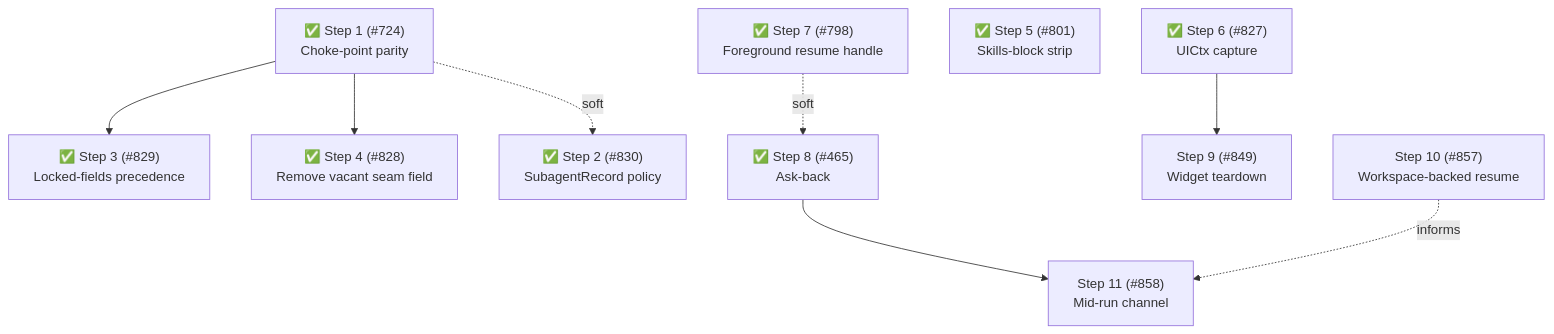
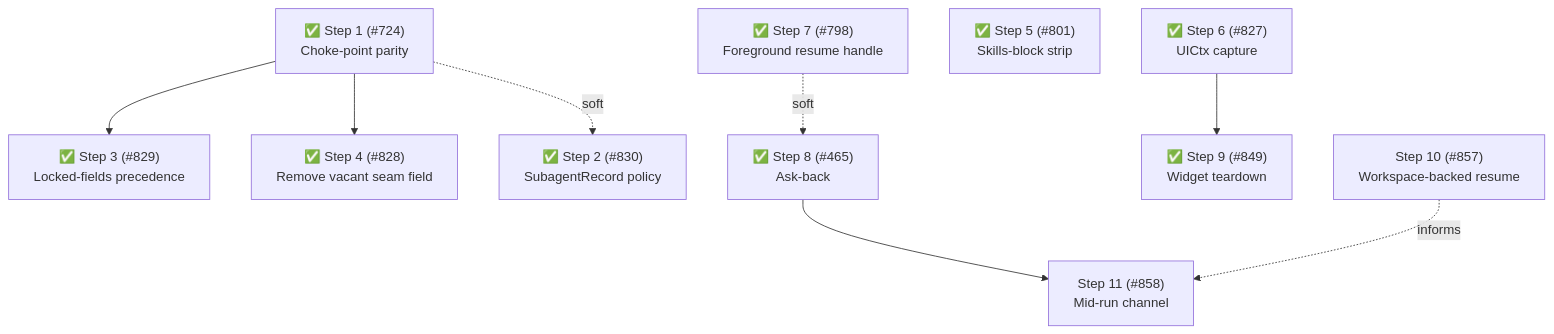
Before and after one commit to gotgenes/pi-packages: the sixth of 6 diagrams in packages/pi-subagents/docs/architecture/architecture.md, drawn with Mermaid. The commit also changed other lines of this file, not shown here.

Commit message:
docs(pi-subagents): mark Phase 22 Step 9 landed

````diff
--- a/packages/pi-subagents/docs/architecture/architecture.md
+++ b/packages/pi-subagents/docs/architecture/architecture.md
@@ -1023,11 +1039,11 @@
 ```mermaid
 flowchart TD
     S1["✅ Step 1 (#724)<br/>Choke-point parity"] --> S3["✅ Step 3 (#829)<br/>Locked-fields precedence"]
     S1 --> S4["✅ Step 4 (#828)<br/>Remove vacant seam field"]
     S1 -.soft.-> S2["✅ Step 2 (#830)<br/>SubagentRecord policy"]
     S7["✅ Step 7 (#798)<br/>Foreground resume handle"] -.soft.-> S8["✅ Step 8 (#465)<br/>Ask-back"]
     S5["✅ Step 5 (#801)<br/>Skills-block strip"]
-    S6["✅ Step 6 (#827)<br/>UICtx capture"] --> S9["Step 9 (#849)<br/>Widget teardown"]
+    S6["✅ Step 6 (#827)<br/>UICtx capture"] --> S9["✅ Step 9 (#849)<br/>Widget teardown"]
     S8 --> S11["Step 11 (#858)<br/>Mid-run channel"]
     S10["Step 10 (#857)<br/>Workspace-backed resume"] -.informs.-> S11
 ```
````
